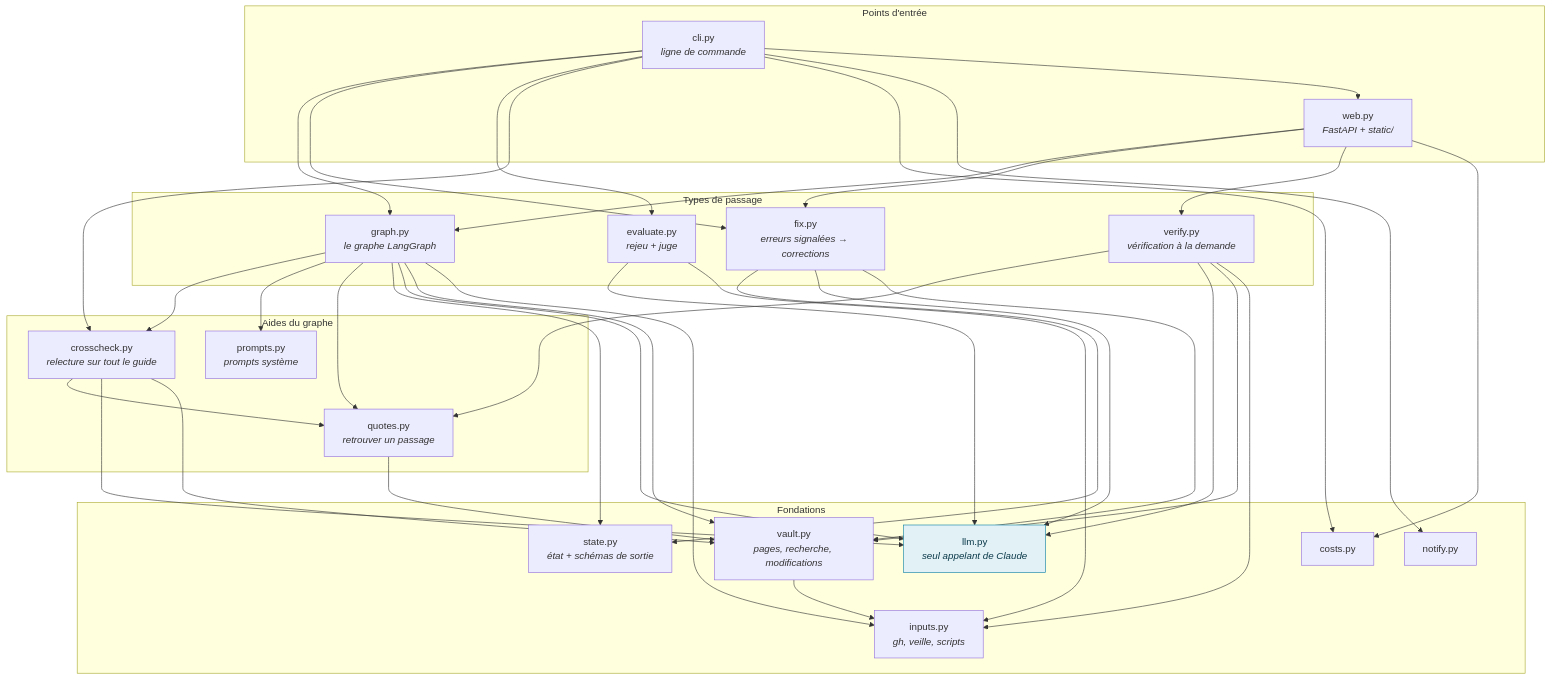
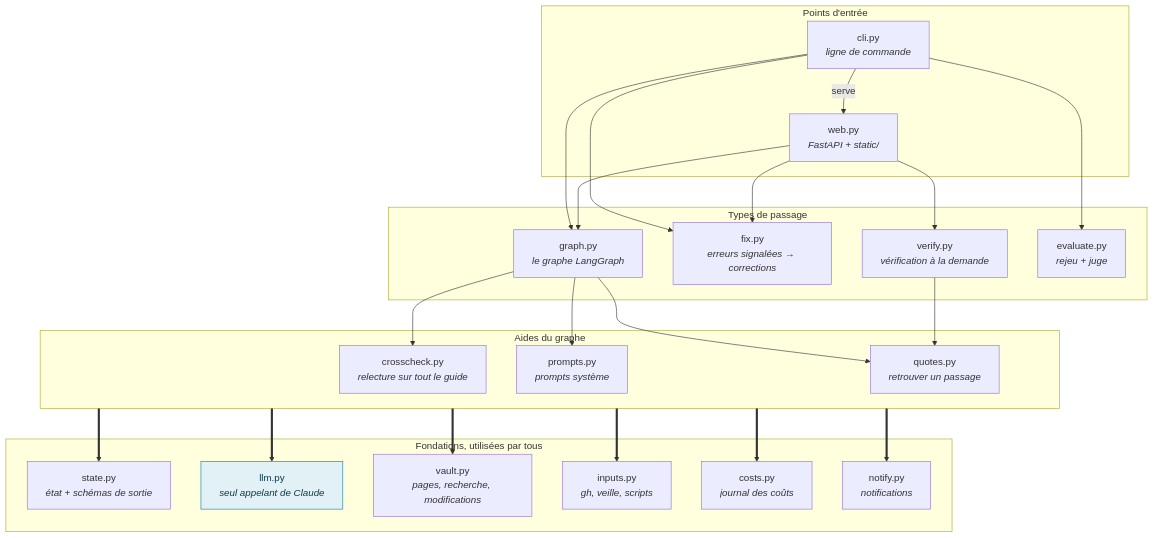
Before and after one commit to DamienBecherini/vault-watch-agent: the first of 6 diagrams in docs/code.fr.md, drawn with Mermaid. The commit also changed other lines of this file and 9 other files, not shown here.

Commit message:
Docs: readable module diagram (layers, main links only), graph steps on two rows with a table of the functions they call, links to the docs at the top of the READMEs; generated HTML copies, their build script and the markdown dependency removed (GitHub renders the Mermaid diagrams)

````diff
--- a/docs/code.fr.md
+++ b/docs/code.fr.md
@@ -19,37 +19,34 @@
 ```mermaid
 flowchart TB
   subgraph entry["Points d'entrée"]
     cli["cli.py<br/><i>ligne de commande</i>"]
     web["web.py<br/><i>FastAPI + static/</i>"]
   end
   subgraph runs["Types de passage"]
     graphpy["graph.py<br/><i>le graphe LangGraph</i>"]
     fix["fix.py<br/><i>erreurs signalées → corrections</i>"]
     verify["verify.py<br/><i>vérification à la demande</i>"]
     evaluate["evaluate.py<br/><i>rejeu + juge</i>"]
   end
   subgraph steps["Aides du graphe"]
     crosscheck["crosscheck.py<br/><i>relecture sur tout le guide</i>"]
     prompts["prompts.py<br/><i>prompts système</i>"]
     quotes["quotes.py<br/><i>retrouver un passage</i>"]
   end
-  subgraph base["Fondations"]
+  subgraph base["Fondations, utilisées par tous"]
     state["state.py<br/><i>état + schémas de sortie</i>"]
     llm["llm.py<br/><i>seul appelant de Claude</i>"]
     vault["vault.py<br/><i>pages, recherche, modifications</i>"]
     inputs["inputs.py<br/><i>gh, veille, scripts</i>"]
-    costs["costs.py"]
-    notify["notify.py"]
+    costs["costs.py<br/><i>journal des coûts</i>"]
+    notify["notify.py<br/><i>notifications</i>"]
   end
-  cli --> graphpy & fix & evaluate & crosscheck & costs & notify & web
-  web --> graphpy & fix & verify & costs
-  graphpy --> crosscheck & prompts & quotes & state & llm & vault & inputs
-  fix --> state & llm & vault
-  verify --> quotes & llm & vault & inputs
-  evaluate --> llm & inputs
-  crosscheck --> quotes & llm & vault
-  quotes --> vault
-  vault --> inputs
+  cli -->|"serve"| web
+  cli --> graphpy & fix & evaluate
+  web --> graphpy & fix & verify
+  graphpy --> crosscheck & prompts & quotes
+  verify --> quotes
+  steps ==> state & llm & vault & inputs & costs & notify
   classDef model fill:#e2f1f6,stroke:#0a7ea4,color:#0b3a4a
   class llm model
 ```
````
